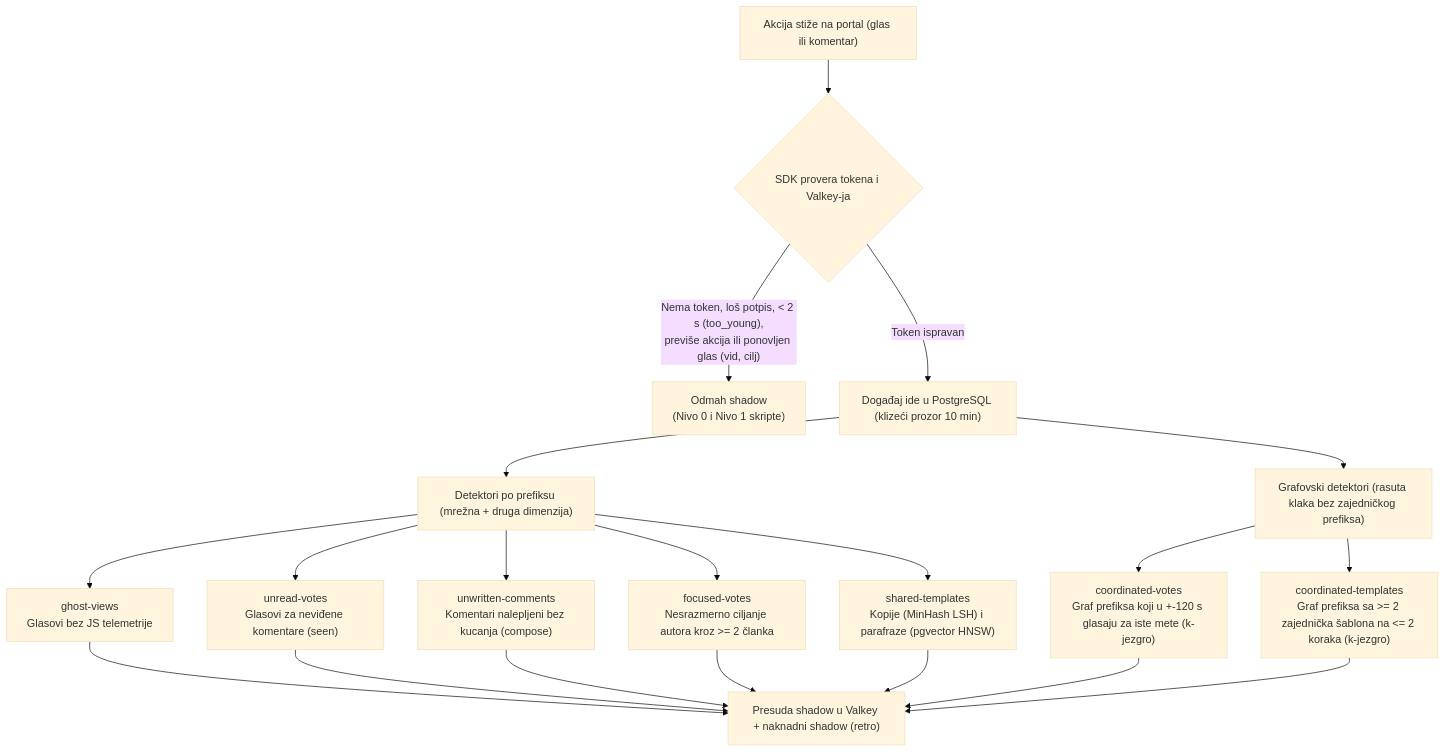
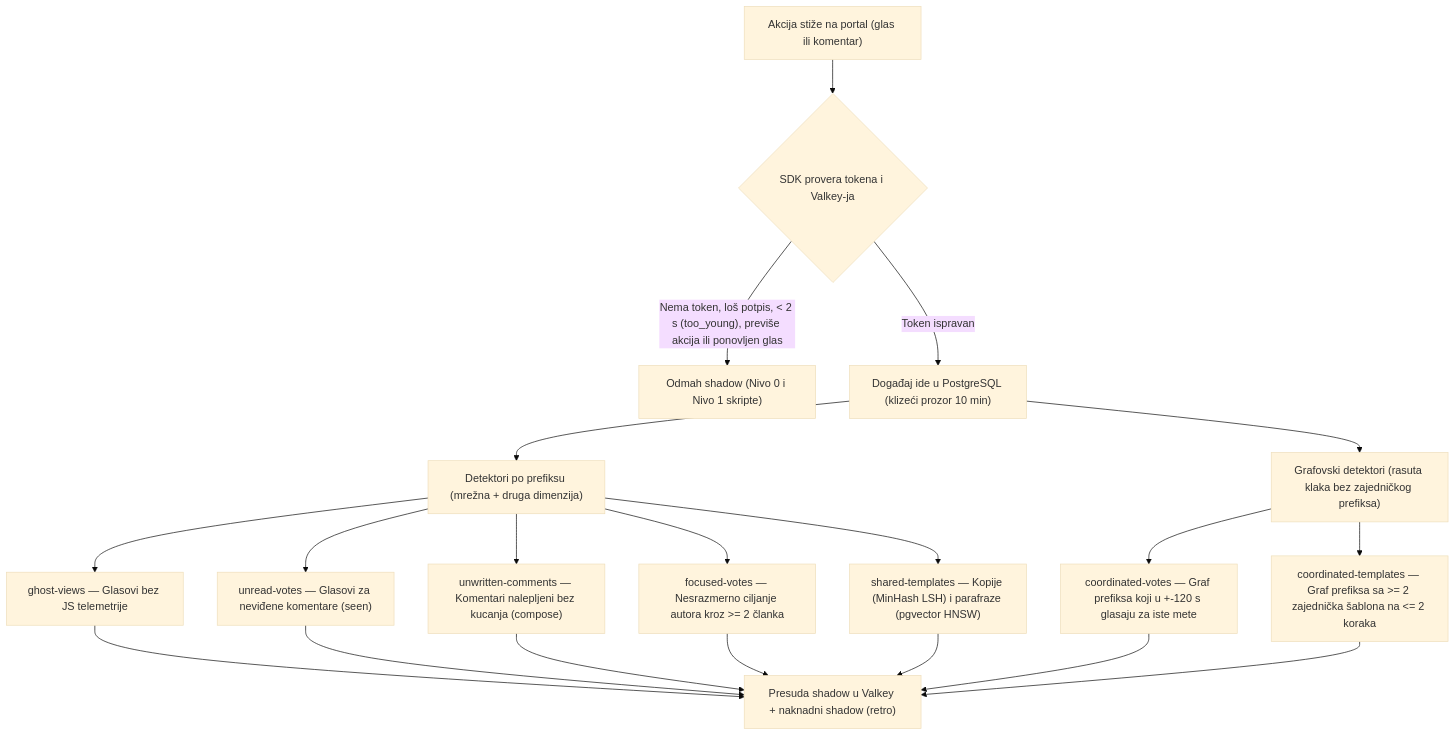
Before and after one commit to opii/Klaka: the third of 3 diagrams in README.md, drawn with Mermaid (base theme). The commit also changed other lines of this file and 2 other files, not shown here.

Commit message:
fix(docs): ispravka tačka-zareza u Mermaid sequenceDiagram-u

````diff
--- a/README.md
+++ b/README.md
@@ -157,20 +157,20 @@
 ```mermaid
 flowchart TD
     A["Akcija stiže na portal (glas ili komentar)"] --> B{"SDK provera tokena i Valkey-ja"}
-    B -- "Nema token, loš potpis, < 2 s (too_young),\npreviše akcija ili ponovljen glas (vid, cilj)" --> S1["Odmah shadow\n(Nivo 0 i Nivo 1 skripte)"]
+    B -- "Nema token, loš potpis, < 2 s (too_young), previše akcija ili ponovljen glas" --> S1["Odmah shadow (Nivo 0 i Nivo 1 skripte)"]
     B -- "Token ispravan" --> C["Događaj ide u PostgreSQL (klizeći prozor 10 min)"]
 
     C --> D["Detektori po prefiksu (mrežna + druga dimenzija)"]
     C --> E["Grafovski detektori (rasuta klaka bez zajedničkog prefiksa)"]
 
-    D --> D1["ghost-views\nGlasovi bez JS telemetrije"]
-    D --> D2["unread-votes\nGlasovi za neviđene komentare (seen)"]
-    D --> D3["unwritten-comments\nKomentari nalepljeni bez kucanja (compose)"]
-    D --> D4["focused-votes\nNesrazmerno ciljanje autora kroz >= 2 članka"]
-    D --> D5["shared-templates\nKopije (MinHash LSH) i parafraze (pgvector HNSW)"]
+    D --> D1["ghost-views — Glasovi bez JS telemetrije"]
+    D --> D2["unread-votes — Glasovi za neviđene komentare (seen)"]
+    D --> D3["unwritten-comments — Komentari nalepljeni bez kucanja (compose)"]
+    D --> D4["focused-votes — Nesrazmerno ciljanje autora kroz >= 2 članka"]
+    D --> D5["shared-templates — Kopije (MinHash LSH) i parafraze (pgvector HNSW)"]
 
-    E --> E1["coordinated-votes\nGraf prefiksa koji u +-120 s glasaju za iste mete (k-jezgro)"]
-    E --> E2["coordinated-templates\nGraf prefiksa sa >= 2 zajednička šablona na <= 2 koraka (k-jezgro)"]
+    E --> E1["coordinated-votes — Graf prefiksa koji u +-120 s glasaju za iste mete"]
+    E --> E2["coordinated-templates — Graf prefiksa sa >= 2 zajednička šablona na <= 2 koraka"]
 
     D1 & D2 & D3 & D4 & D5 & E1 & E2 --> V["Presuda shadow u Valkey + naknadni shadow (retro)"]
 ```
````
